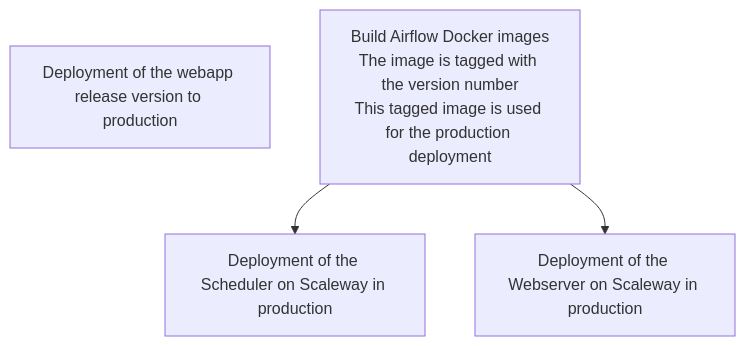
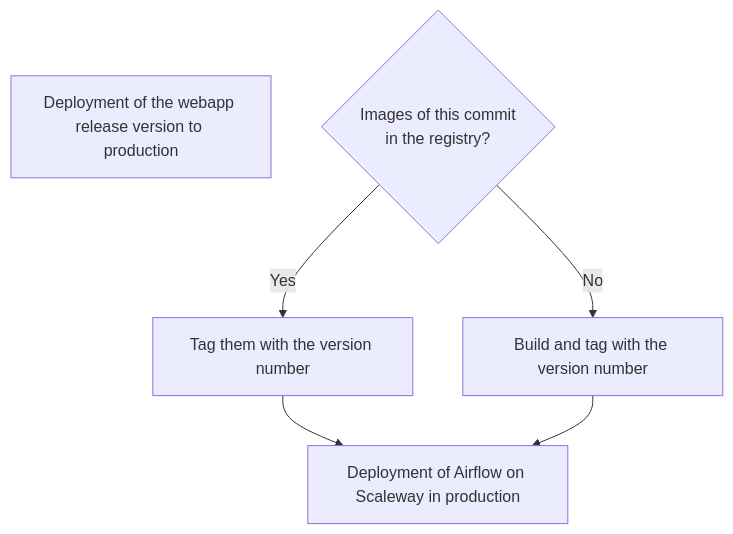
One commit to incubateur-ademe/quefairedemesobjets changed the third of 3 diagrams in docs/reference/infrastructure/ci-cd.md. Above: the diagram before and after it, drawn with Mermaid. The commit also changed other lines of this file and 3 other files, not shown here.

First line of the commit message:
ci: reuse the preprod Airflow images for a release

````diff
--- a/docs/reference/infrastructure/ci-cd.md
+++ b/docs/reference/infrastructure/ci-cd.md
@@ -106,7 +106,9 @@
 ```mermaid
 graph TD
     C[Deployment of the webapp release version to production]
-    F[Build Airflow Docker images<br/>The image is tagged with the version number<br/>This tagged image is used for the production deployment]
-    F --> H[Deployment of the Scheduler on Scaleway in production]
-    F --> I[Deployment of the Webserver on Scaleway in production]
+    F{Images of this commit<br/>in the registry?}
+    F -->|Yes| R[Tag them with the version number]
+    F -->|No| B[Build and tag with the version number]
+    R --> H[Deployment of Airflow on Scaleway in production]
+    B --> H
 ```
````
